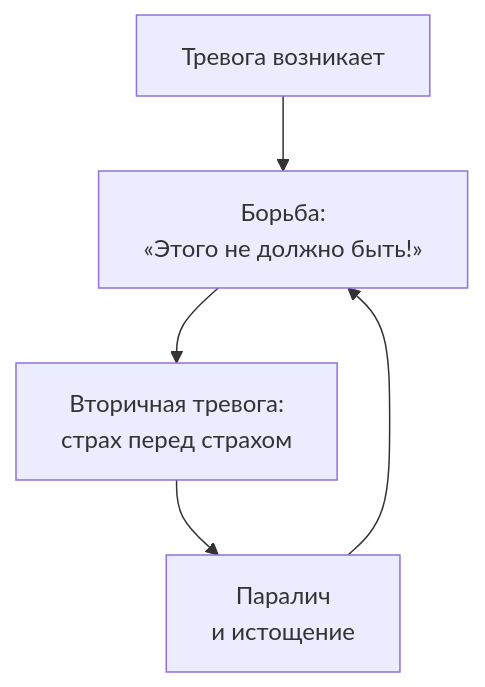
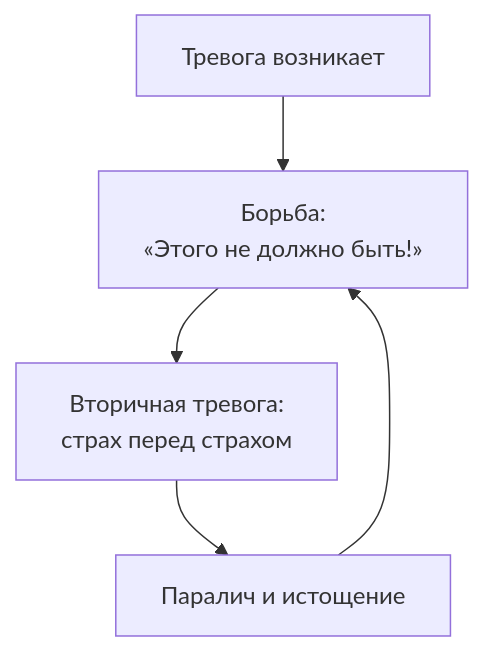
The first of 2 diagrams in content/articles/techniques/vnutrennee-soglasie-kak-skazat-da-trevoge.mdx (becasualle/vimutti), drawn with Mermaid before and after one commit. The commit also changed other lines of this file and 6 other files, not shown here.

````diff
--- a/content/articles/techniques/vnutrennee-soglasie-kak-skazat-da-trevoge.mdx
+++ b/content/articles/techniques/vnutrennee-soglasie-kak-skazat-da-trevoge.mdx
@@ -28,7 +30,7 @@
 ```mermaid
 graph TD
     A["Тревога возникает"] --> B["Борьба:<br/>«Этого не должно быть!»"]
     B --> C["Вторичная тревога:<br/>страх перед страхом"]
-    C --> D["Паралич<br/>и истощение"]
+    C --> D["Паралич и истощение"]
     D --> B
 ```
````
